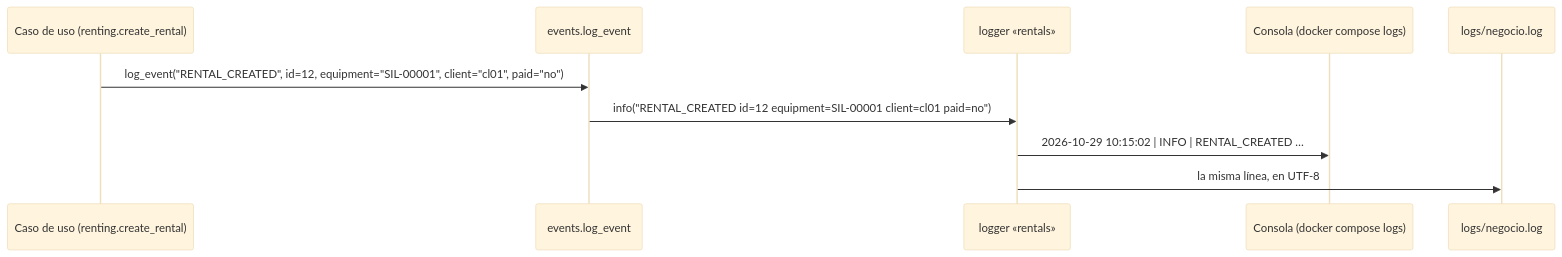
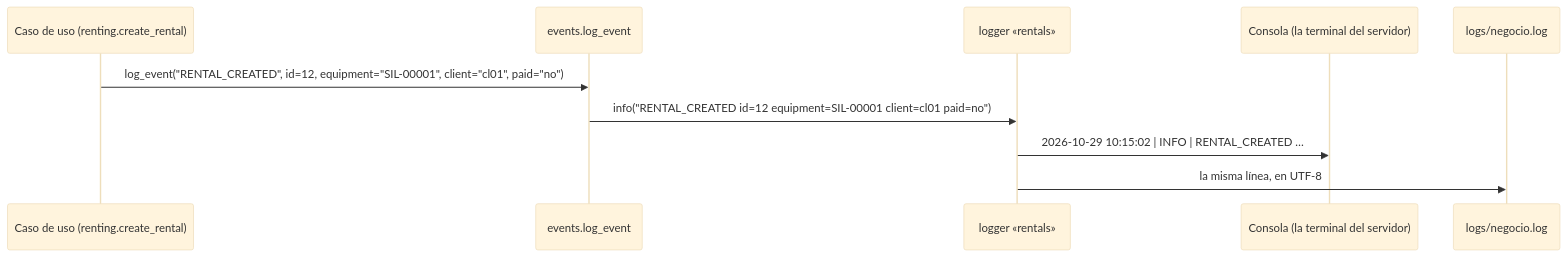
One commit to peterteranb/astra-rent-system changed the third of 3 diagrams in docs/arquitectura.md. Above: the diagram before and after it, drawn with Mermaid (base theme). The commit also changed other lines of this file and 11 other files, not shown here.

````diff
--- a/docs/arquitectura.md
+++ b/docs/arquitectura.md
@@ -114,12 +108,12 @@
 ```mermaid
 sequenceDiagram
     participant U as Caso de uso (renting.create_rental)
     participant E as events.log_event
     participant L as logger «rentals»
-    participant C as Consola (docker compose logs)
+    participant C as Consola (la terminal del servidor)
     participant F as logs/negocio.log
     U->>E: log_event("RENTAL_CREATED", id=12, equipment="SIL-00001", client="cl01", paid="no")
     E->>L: info("RENTAL_CREATED id=12 equipment=SIL-00001 client=cl01 paid=no")
     L->>C: 2026-10-29 10:15:02 | INFO    | RENTAL_CREATED …
     L->>F: la misma línea, en UTF-8
 ```
````
